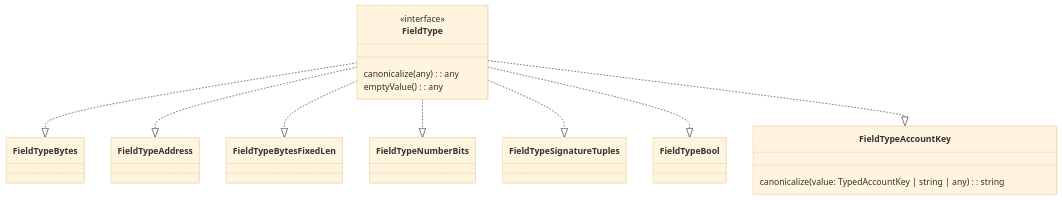
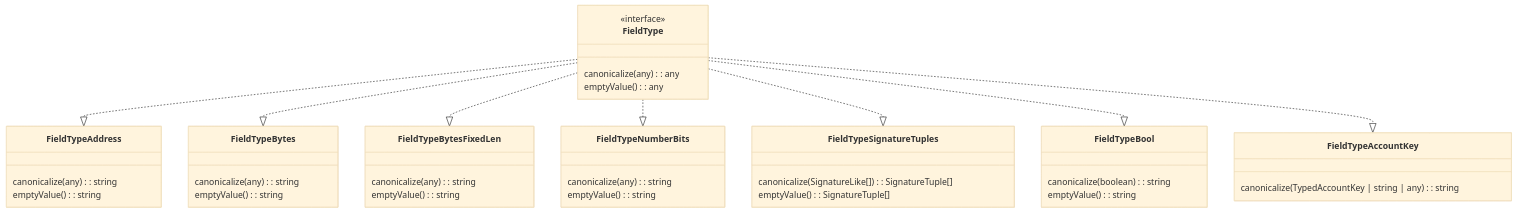
The first of 3 diagrams in README.md (blukat29/klaytn-sdk-design), drawn with Mermaid (base theme) before and after one commit.

````diff
--- a/README.md
+++ b/README.md
@@ -38,18 +38,42 @@
 ```mermaid
 classDiagram
   class FieldType {
     <<interface>> 
     canonicalize(any): any
     emptyValue(): any
   }
+  FieldType ..|> FieldTypeAddress
   FieldType ..|> FieldTypeBytes
-  FieldType ..|> FieldTypeAddress
   FieldType ..|> FieldTypeBytesFixedLen
   FieldType ..|> FieldTypeNumberBits
   FieldType ..|> FieldTypeSignatureTuples
   FieldType ..|> FieldTypeBool
   FieldType ..|> FieldTypeAccountKey
+  class FieldTypeAddress {
+    canonicalize(any): string
+    emptyValue(): string
+  }
+  class FieldTypeBytes {
+    canonicalize(any): string
+    emptyValue(): string
+  }
+  class FieldTypeBytesFixedLen {
+    canonicalize(any): string
+    emptyValue(): string
+  }
+  class FieldTypeNumberBits {
+    canonicalize(any): string
+    emptyValue(): string
+  }
+  class FieldTypeSignatureTuples {
+    canonicalize( SignatureLike[]): SignatureTuple[]
+    emptyValue(): SignatureTuple[]
+  }
+  class FieldTypeBool {
+    canonicalize(boolean): string
+    emptyValue(): string
+  }
   class FieldTypeAccountKey {
-    canonicalize(value: TypedAccountKey | string | any): string
+    canonicalize(TypedAccountKey | string | any): string
   }
 ```
````
